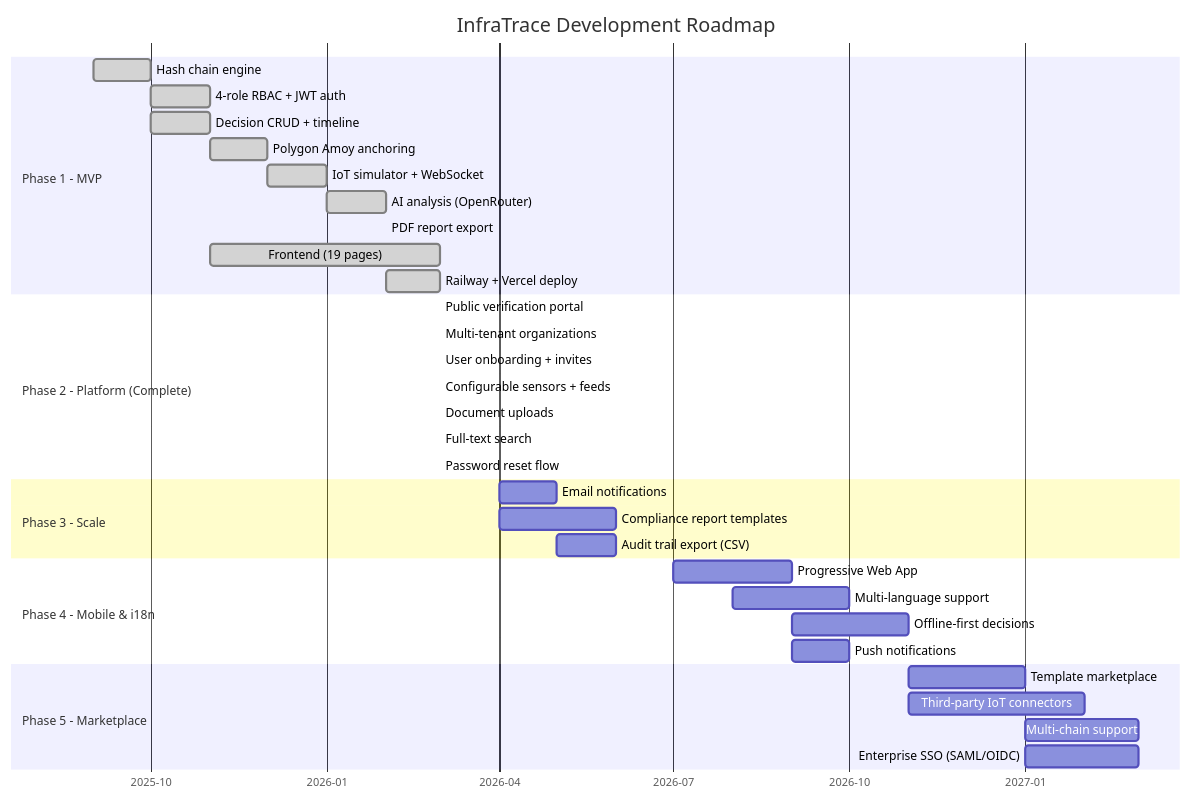
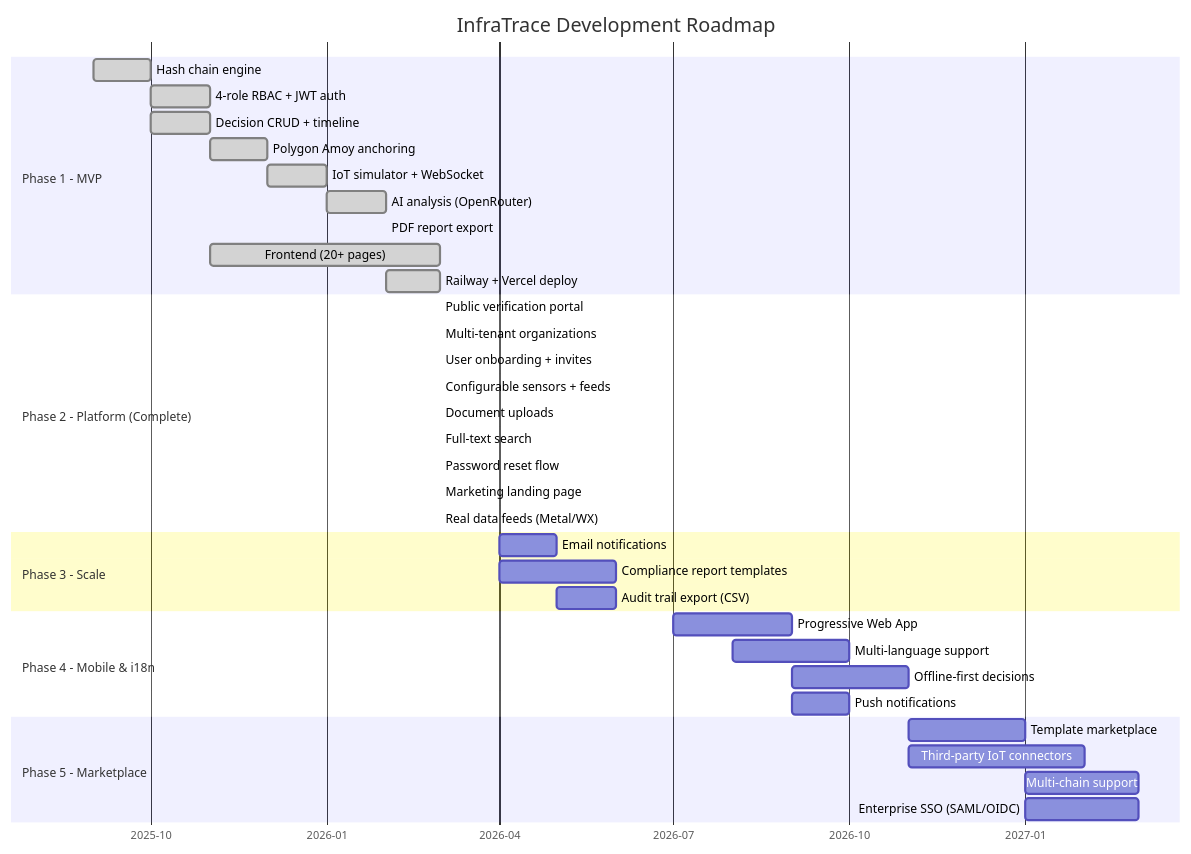
Diagram 14 of 19 in README.md (infratracer/infratrace), drawn with Mermaid before and after one commit. The commit also changed other lines of this file, not shown here.

````diff
--- a/README.md
+++ b/README.md
@@ -1386,43 +1387,45 @@
 ```mermaid
 gantt
     title InfraTrace Development Roadmap
     dateFormat YYYY-MM
     axisFormat %Y-%m
 
     section Phase 1 - MVP
     Hash chain engine           :done, p1a, 2025-09, 2025-10
     4-role RBAC + JWT auth      :done, p1b, 2025-10, 2025-11
     Decision CRUD + timeline    :done, p1c, 2025-10, 2025-11
     Polygon Amoy anchoring      :done, p1d, 2025-11, 2025-12
     IoT simulator + WebSocket   :done, p1e, 2025-12, 2026-01
     AI analysis (OpenRouter)    :done, p1f, 2026-01, 2026-02
     PDF report export           :done, p1g, 2026-02, 2026-02
-    Frontend (19 pages)         :done, p1h, 2025-11, 2026-03
+    Frontend (20+ pages)         :done, p1h, 2025-11, 2026-03
     Railway + Vercel deploy     :done, p1i, 2026-02, 2026-03
 
     section Phase 2 - Platform (Complete)
     Public verification portal  :done, p2a, 2026-03, 2026-03
     Multi-tenant organizations  :done, p2b, 2026-03, 2026-03
     User onboarding + invites   :done, p2c, 2026-03, 2026-03
     Configurable sensors + feeds:done, p2d, 2026-03, 2026-03
     Document uploads            :done, p2e, 2026-03, 2026-03
     Full-text search            :done, p2f, 2026-03, 2026-03
     Password reset flow         :done, p2g, 2026-03, 2026-03
+    Marketing landing page      :done, p2h, 2026-03, 2026-03
+    Real data feeds (Metal/WX)  :done, p2i, 2026-03, 2026-03
 
     section Phase 3 - Scale
     Email notifications         :p3a, 2026-04, 2026-05
     Compliance report templates :p3b, 2026-04, 2026-06
     Audit trail export (CSV)    :p3c, 2026-05, 2026-06
 
     section Phase 4 - Mobile & i18n
     Progressive Web App         :p4a, 2026-07, 2026-09
     Multi-language support      :p4b, 2026-08, 2026-10
     Offline-first decisions     :p4c, 2026-09, 2026-11
     Push notifications          :p4d, 2026-09, 2026-10
 
     section Phase 5 - Marketplace
     Template marketplace        :p4a, 2026-11, 2027-01
     Third-party IoT connectors  :p4b, 2026-11, 2027-02
     Multi-chain support         :p4c, 2027-01, 2027-03
     Enterprise SSO (SAML/OIDC)  :p4d, 2027-01, 2027-03
 ```
````
